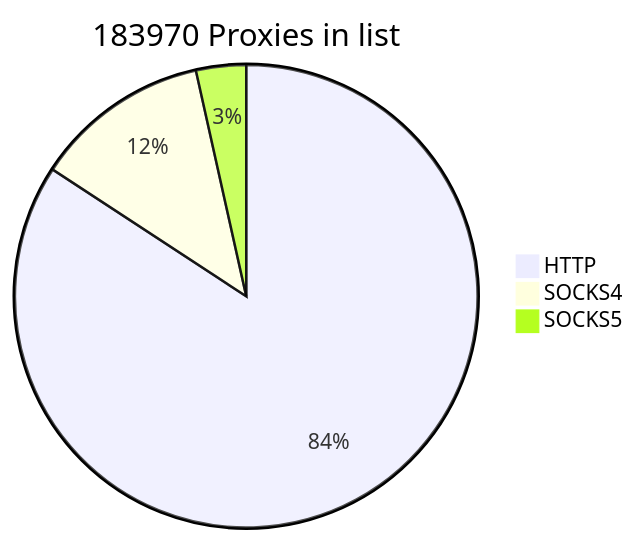
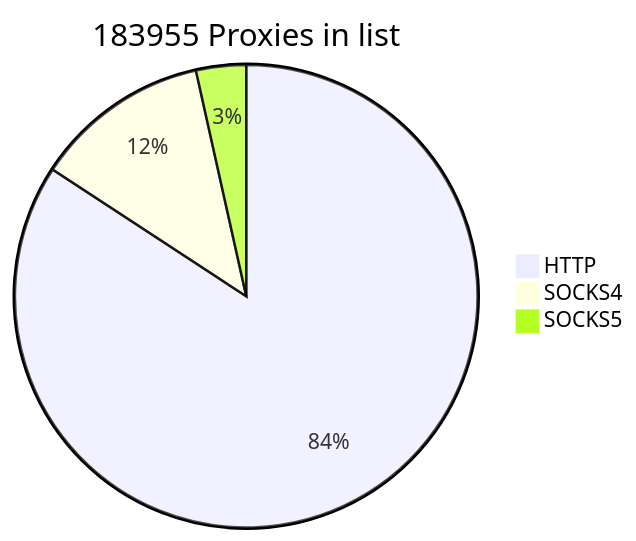
One commit to cutipu/proxylist changed the first of 2 diagrams in README.md. Above: the diagram before and after it, drawn with Mermaid. The commit also changed other lines of this file, not shown here.

````diff
--- a/README.md
+++ b/README.md
@@ -2,7 +2,7 @@
 ```mermaid
-pie title 183970 Proxies in list
-    "HTTP" : 154950
-    "SOCKS4" : 22591
+pie title 183955 Proxies in list
+    "HTTP" : 154933
+    "SOCKS4" : 22593
     "SOCKS5" : 6429
             
 ```
````
